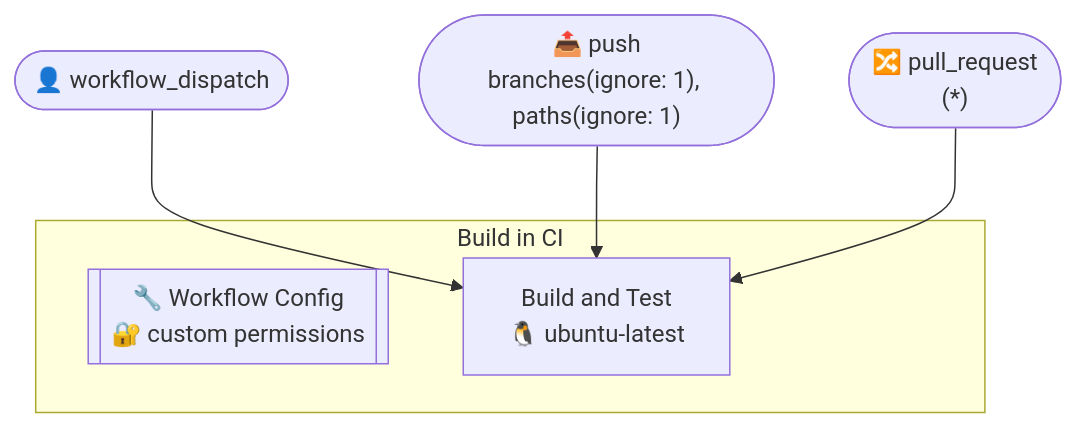
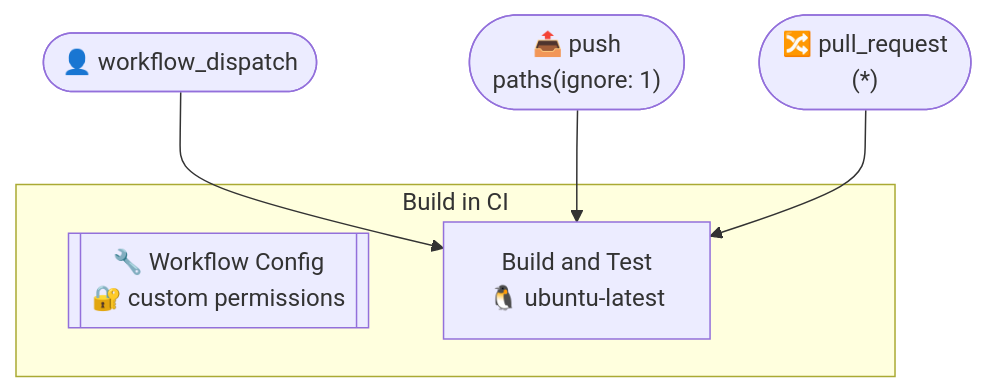
One commit to http4k/standards changed the first of 2 diagrams in .github/typeflows/build/README.md. Above: the diagram before and after it, drawn with Mermaid. The commit also changed 3 other files, not shown here.

````diff
--- a/.github/typeflows/build/README.md
+++ b/.github/typeflows/build/README.md
@@ -3,14 +3,14 @@
 ```mermaid
 %%{init: {"flowchart": {"curve": "basis"}}}%%
 flowchart TD
     workflowdispatch(["👤 workflow_dispatch"])
-    push(["📤 push<br/>branches(ignore: 1), paths(ignore: 1)"])
+    push(["📤 push<br/>paths(ignore: 1)"])
     pullrequest(["🔀 pull_request<br/>(*)"])
     subgraph buildyml["Build in CI"]
         buildyml_metadata[["🔧 Workflow Config<br/>🔐 custom permissions"]]
         buildyml_build["Build and Test<br/>🐧 ubuntu-latest"]
     end
     workflowdispatch --> buildyml_build
     push --> buildyml_build
     pullrequest --> buildyml_build
 ```
````
